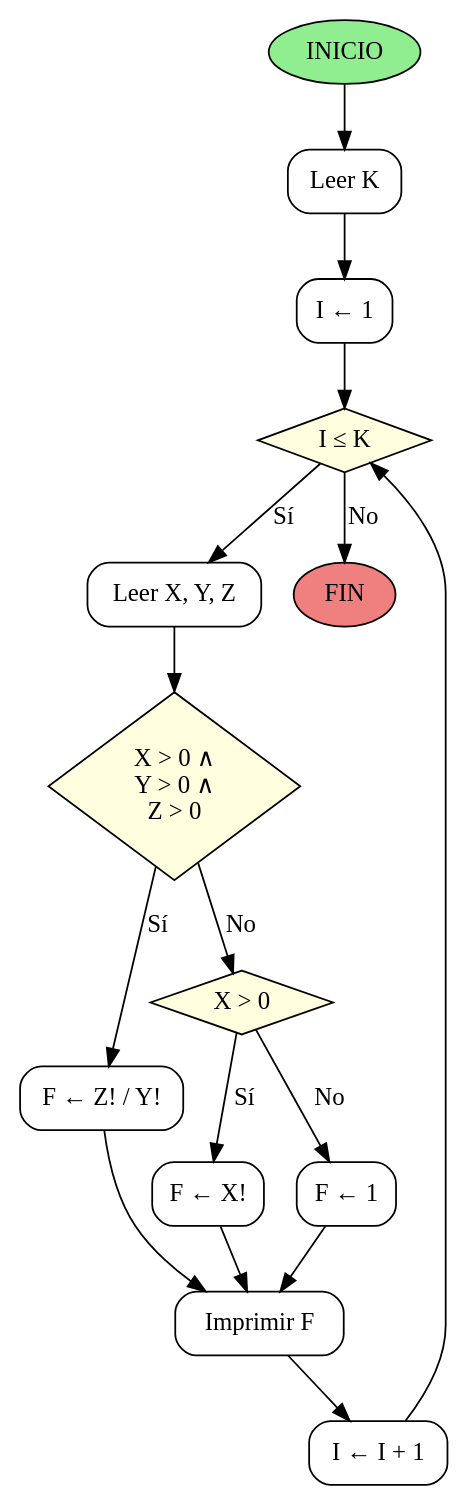
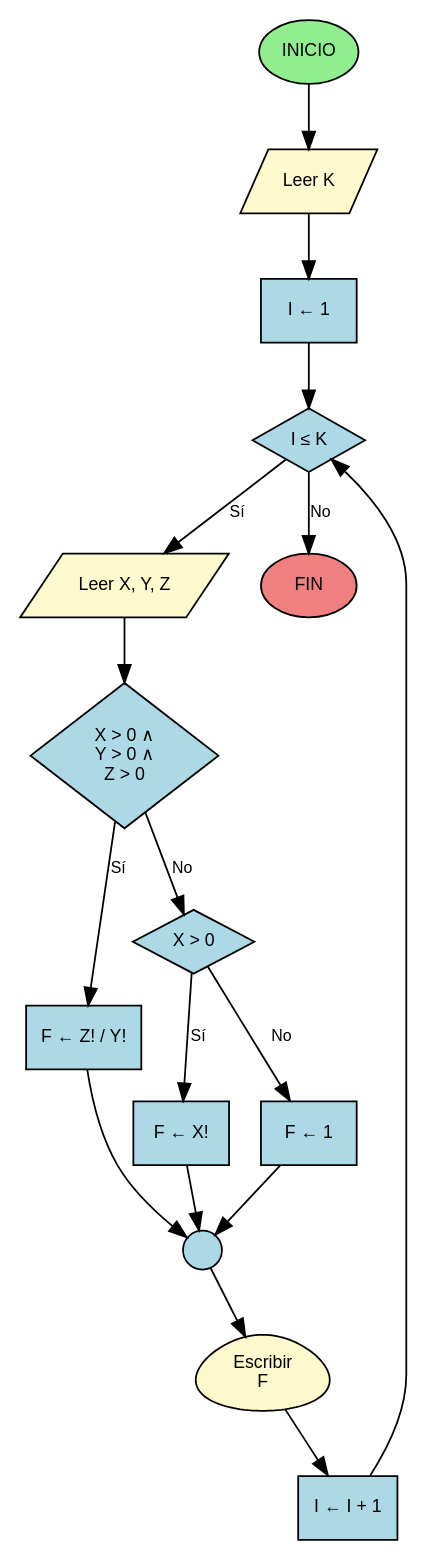
Before and after one commit to D1egoXD/JAVA-TICS: the diagram in diagramas/problema_ps_3_39.dot, drawn with Graphviz. The commit also changed 2 other files, not shown here.

Commit message:
Actualizar PS 3.39 - Función con factoriales F(X,Y,Z)

```diff
--- a/diagramas/problema_ps_3_39.dot
+++ b/diagramas/problema_ps_3_39.dot
@@ -1,46 +1,51 @@
-digraph problema_ps_3_39 {
+digraph FuncionFactoriales {
     rankdir=TB;
-    node [shape=box, style=rounded];
+    node [shape=box, style=filled, fontname="Arial", fontsize=10];
+    edge [fontname="Arial", fontsize=9];
     
-    inicio [label="INICIO", shape=ellipse, style=filled, fillcolor=lightgreen];
-    leer_k [label="Leer K"];
-    iniciar_i [label="I ← 1"];
+    // Nodos
+    inicio [label="INICIO", shape=oval, fillcolor="#90EE90", color=black, fontcolor=black];
+    leerK [label="Leer K", shape=parallelogram, fillcolor="#FFFACD", color=black, fontcolor=black];
+    initI [label="I ← 1", shape=box, fillcolor="#ADD8E6", color=black, fontcolor=black];
+    decisionI [label="I ≤ K", shape=diamond, fillcolor="#ADD8E6", color=black, fontcolor=black];
+    leerXYZ [label="Leer X, Y, Z", shape=parallelogram, fillcolor="#FFFACD", color=black, fontcolor=black];
     
-    cond_i [label="I ≤ K", shape=diamond, style=filled, fillcolor=lightyellow];
-    leer_xyz [label="Leer X, Y, Z"];
+    // Condición 1: X > 0 AND Y > 0 AND Z > 0
+    cond1 [label="X > 0 ∧\nY > 0 ∧\nZ > 0", shape=diamond, fillcolor="#ADD8E6", color=black, fontcolor=black];
+    calcZY [label="F ← Z! / Y!", shape=box, fillcolor="#ADD8E6", color=black, fontcolor=black];
     
-    cond1 [label="X > 0 ∧\nY > 0 ∧\nZ > 0", shape=diamond, style=filled, fillcolor=lightyellow];
-    calc_factorial_zy [label="F ← Z! / Y!"];
+    // Condición 2: X > 0 (si no cumple condición 1)
+    cond2 [label="X > 0", shape=diamond, fillcolor="#ADD8E6", color=black, fontcolor=black];
+    calcX [label="F ← X!", shape=box, fillcolor="#ADD8E6", color=black, fontcolor=black];
     
-    cond2 [label="X > 0", shape=diamond, style=filled, fillcolor=lightyellow];
-    calc_factorial_x [label="F ← X!"];
+    // Caso 3: cualquier otro caso
+    calcUno [label="F ← 1", shape=box, fillcolor="#ADD8E6", color=black, fontcolor=black];
     
-    calc_uno [label="F ← 1"];
+    // Convergencia y continuación
+    conector [label="", shape=circle, width=0.3, height=0.3, fillcolor="#ADD8E6", color=black];
+    escribir [label="Escribir\nF", shape=egg, fillcolor="#FFFACD", color=black, fontcolor=black];
+    incrementar [label="I ← I + 1", shape=box, fillcolor="#ADD8E6", color=black, fontcolor=black];
+    fin [label="FIN", shape=oval, fillcolor="#F08080", color=black, fontcolor=black];
     
-    imprimir [label="Imprimir F"];
-    incrementar [label="I ← I + 1"];
+    // Conexiones
+    inicio -> leerK;
+    leerK -> initI;
+    initI -> decisionI;
+    decisionI -> leerXYZ [label="Sí"];
+    decisionI -> fin [label="No"];
     
-    fin [label="FIN", shape=ellipse, style=filled, fillcolor=lightcoral];
-    
-    inicio -> leer_k;
-    leer_k -> iniciar_i;
-    iniciar_i -> cond_i;
-    
-    cond_i -> leer_xyz [label="Sí"];
-    cond_i -> fin [label="No"];
-    
-    leer_xyz -> cond1;
-    
-    cond1 -> calc_factorial_zy [label="Sí"];
+    leerXYZ -> cond1;
+    cond1 -> calcZY [label="Sí"];
     cond1 -> cond2 [label="No"];
     
-    cond2 -> calc_factorial_x [label="Sí"];
-    cond2 -> calc_uno [label="No"];
+    cond2 -> calcX [label="Sí"];
+    cond2 -> calcUno [label="No"];
     
-    calc_factorial_zy -> imprimir;
-    calc_factorial_x -> imprimir;
-    calc_uno -> imprimir;
+    calcZY -> conector;
+    calcX -> conector;
+    calcUno -> conector;
     
-    imprimir -> incrementar;
-    incrementar -> cond_i;
+    conector -> escribir;
+    escribir -> incrementar;
+    incrementar -> decisionI;
 }
```
